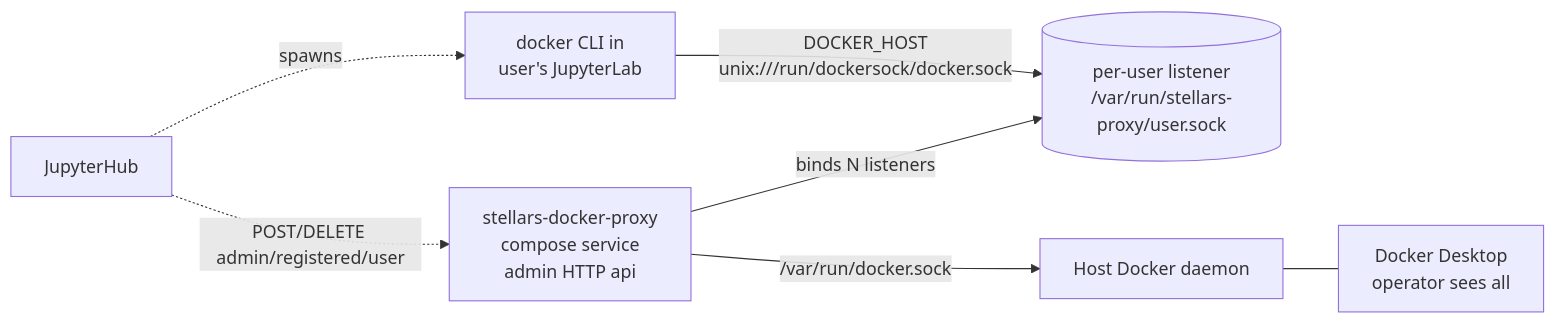
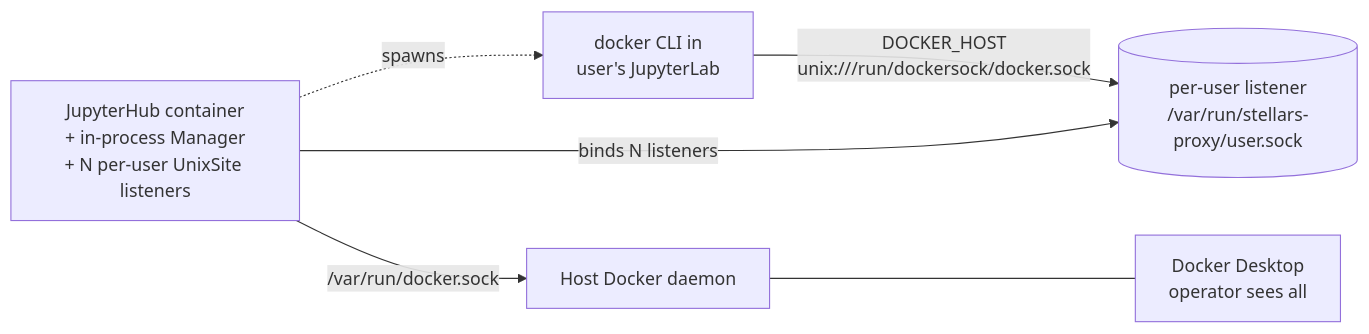
Before and after one commit to stellarshenson/stellars-jupyterhub-ds: the first of 2 diagrams in docs/limited-docker-access.md, drawn with Mermaid. The commit also changed other lines of this file and 11 other files, not shown here.

````diff
--- a/docs/limited-docker-access.md
+++ b/docs/limited-docker-access.md
@@ -7,16 +7,14 @@
 ```mermaid
 flowchart LR
     CLI[docker CLI in<br/>user's JupyterLab]
     SOCK[(per-user listener<br/>/var/run/stellars-proxy/user.sock)]
-    PROXY[stellars-docker-proxy<br/>compose service<br/>admin HTTP api]
+    HUB[JupyterHub container<br/>+ in-process Manager<br/>+ N per-user UnixSite listeners]
     DAEMON[Host Docker daemon]
     DESKTOP[Docker Desktop<br/>operator sees all]
-    HUB[JupyterHub]
 
     CLI -->|DOCKER_HOST<br/>unix:///run/dockersock/docker.sock| SOCK
-    PROXY -->|binds N listeners| SOCK
-    PROXY -->|/var/run/docker.sock| DAEMON
+    HUB -->|binds N listeners| SOCK
+    HUB -->|/var/run/docker.sock| DAEMON
     DAEMON --- DESKTOP
-    HUB -.->|POST/DELETE admin/registered/user| PROXY
     HUB -.->|spawns| CLI
 ```
````
